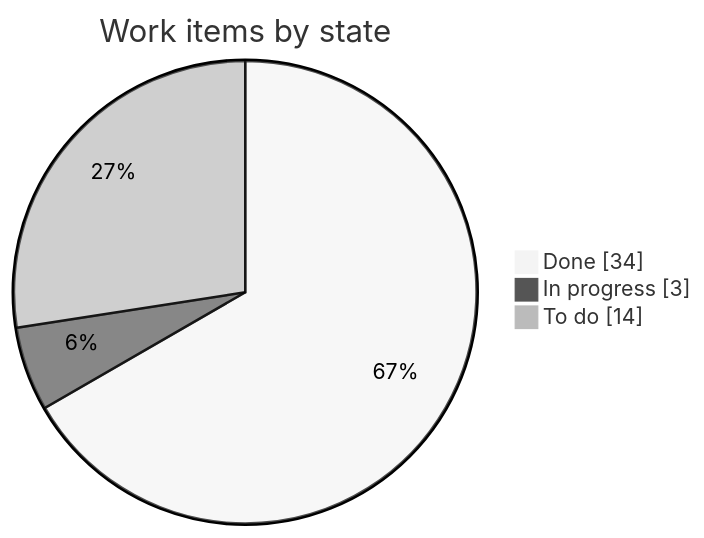
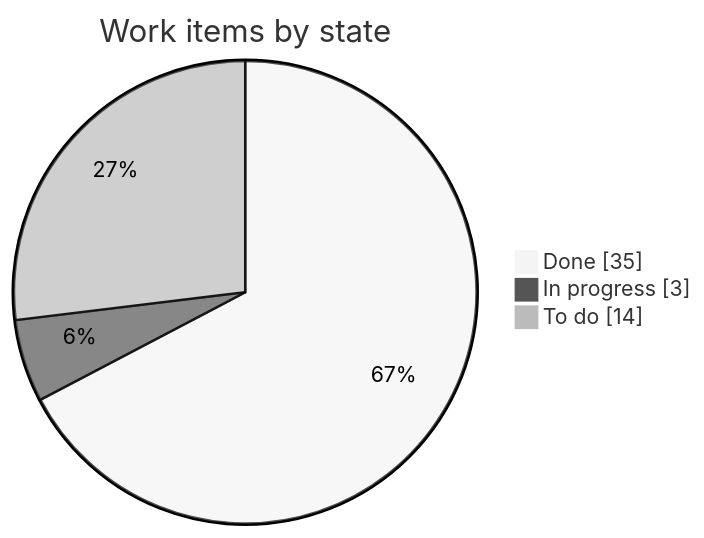
One commit to LoMagnette/ghost-light changed the first of 2 diagrams in STATUS.md. Above: the diagram before and after it, drawn with Mermaid (neutral theme). The commit also changed other lines of this file and 8 other files, not shown here.

Commit message:
feat(ui): a title sequence before the menu, and the game's lore, hinted

````diff
--- a/STATUS.md
+++ b/STATUS.md
@@ -31,7 +31,7 @@
 ```mermaid
 pie showData
     title Work items by state
-    "Done" : 34
+    "Done" : 35
     "In progress" : 3
     "To do" : 14
 ```
````
